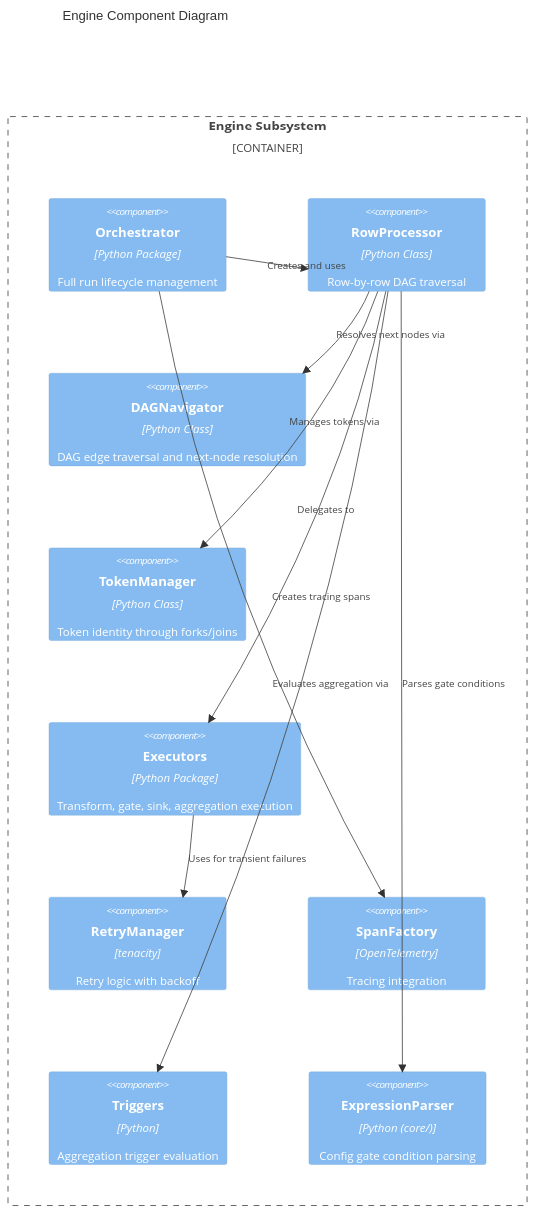
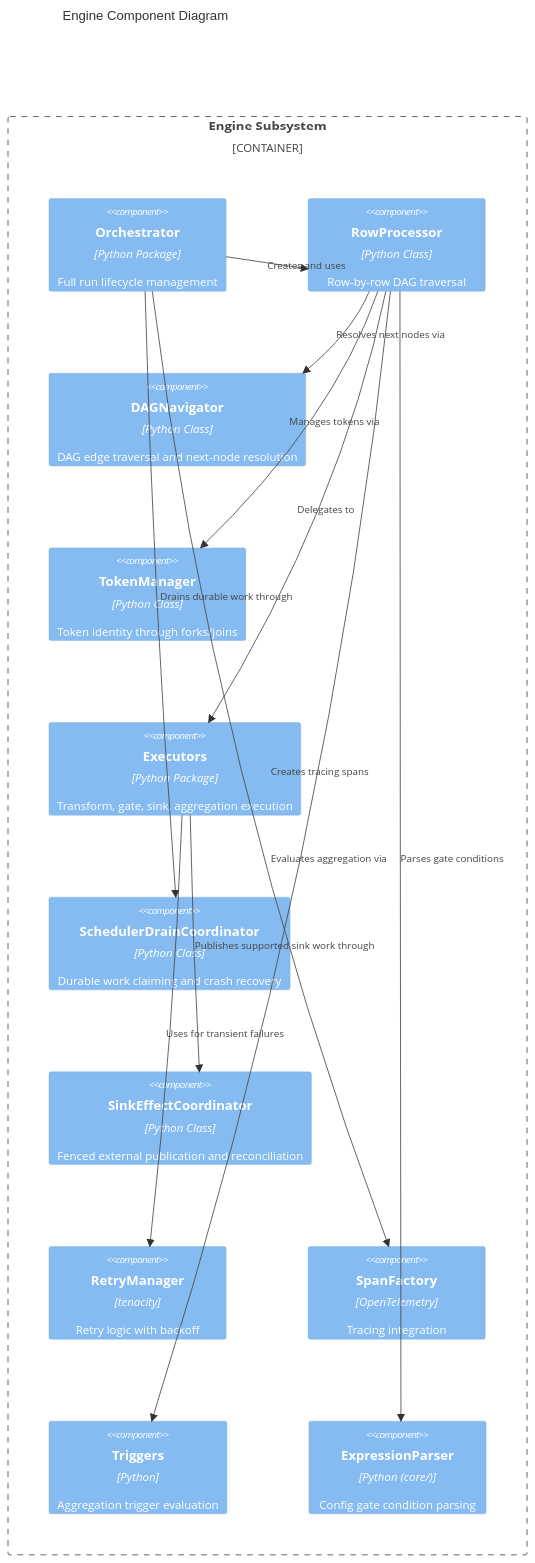
One commit to johnm-dta/elspeth changed the third of 13 diagrams in ARCHITECTURE.md. Above: the diagram before and after it, drawn with Mermaid. The commit also changed other lines of this file and 9 other files, not shown here.

````diff
--- a/ARCHITECTURE.md
+++ b/ARCHITECTURE.md
@@ -178,25 +188,29 @@
 ```mermaid
 C4Component
     title Engine Component Diagram
 
     Container_Boundary(engine, "Engine Subsystem") {
         Component(orchestrator, "Orchestrator", "Python Package", "Full run lifecycle management")
         Component(processor, "RowProcessor", "Python Class", "Row-by-row DAG traversal")
         Component(navigator, "DAGNavigator", "Python Class", "DAG edge traversal and next-node resolution")
         Component(tokens, "TokenManager", "Python Class", "Token identity through forks/joins")
         Component(executors, "Executors", "Python Package", "Transform, gate, sink, aggregation execution")
+        Component(scheduler, "SchedulerDrainCoordinator", "Python Class", "Durable work claiming and crash recovery")
+        Component(effects, "SinkEffectCoordinator", "Python Class", "Fenced external publication and reconciliation")
         Component(retry, "RetryManager", "tenacity", "Retry logic with backoff")
         Component(spans, "SpanFactory", "OpenTelemetry", "Tracing integration")
         Component(triggers, "Triggers", "Python", "Aggregation trigger evaluation")
         Component(expression, "ExpressionParser", "Python (core/)", "Config gate condition parsing")
     }
 
     Rel(orchestrator, processor, "Creates and uses")
     Rel(processor, navigator, "Resolves next nodes via")
     Rel(processor, tokens, "Manages tokens via")
     Rel(processor, executors, "Delegates to")
+    Rel(orchestrator, scheduler, "Drains durable work through")
+    Rel(executors, effects, "Publishes supported sink work through")
     Rel(executors, retry, "Uses for transient failures")
     Rel(orchestrator, spans, "Creates tracing spans")
     Rel(processor, triggers, "Evaluates aggregation via")
     Rel(processor, expression, "Parses gate conditions")
 ```
````
